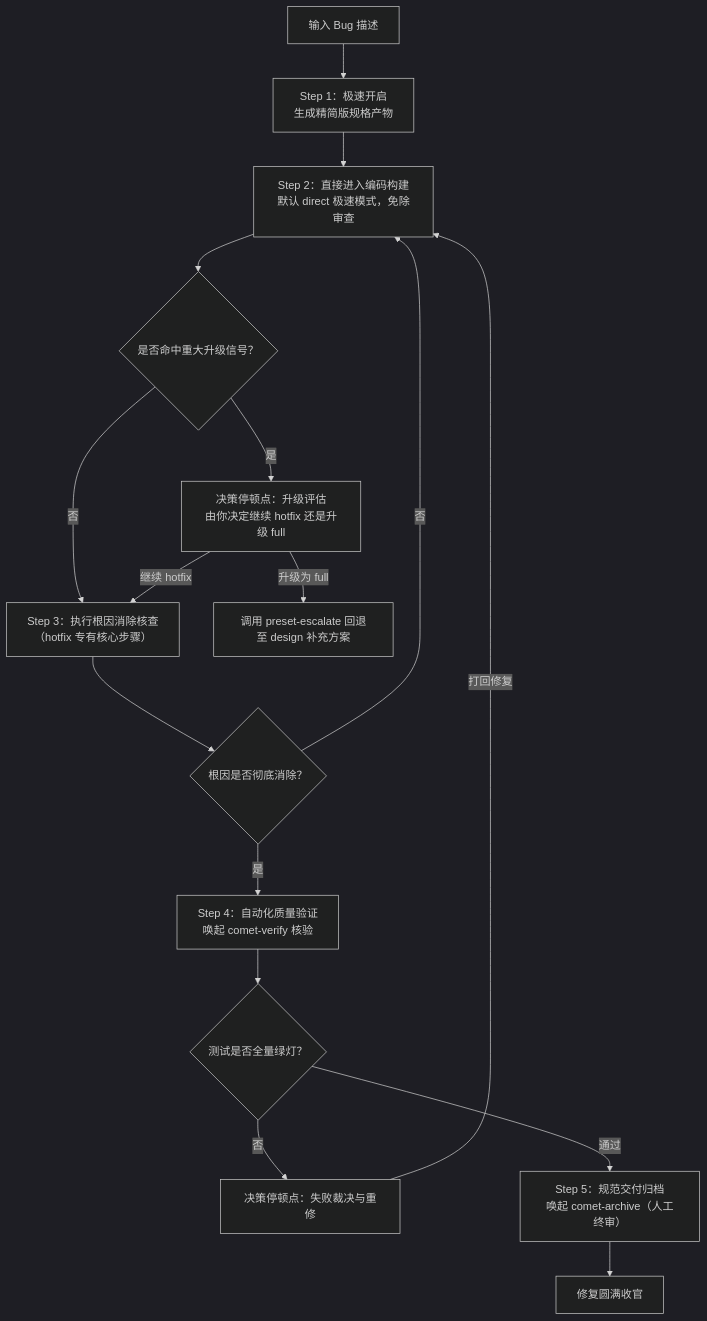
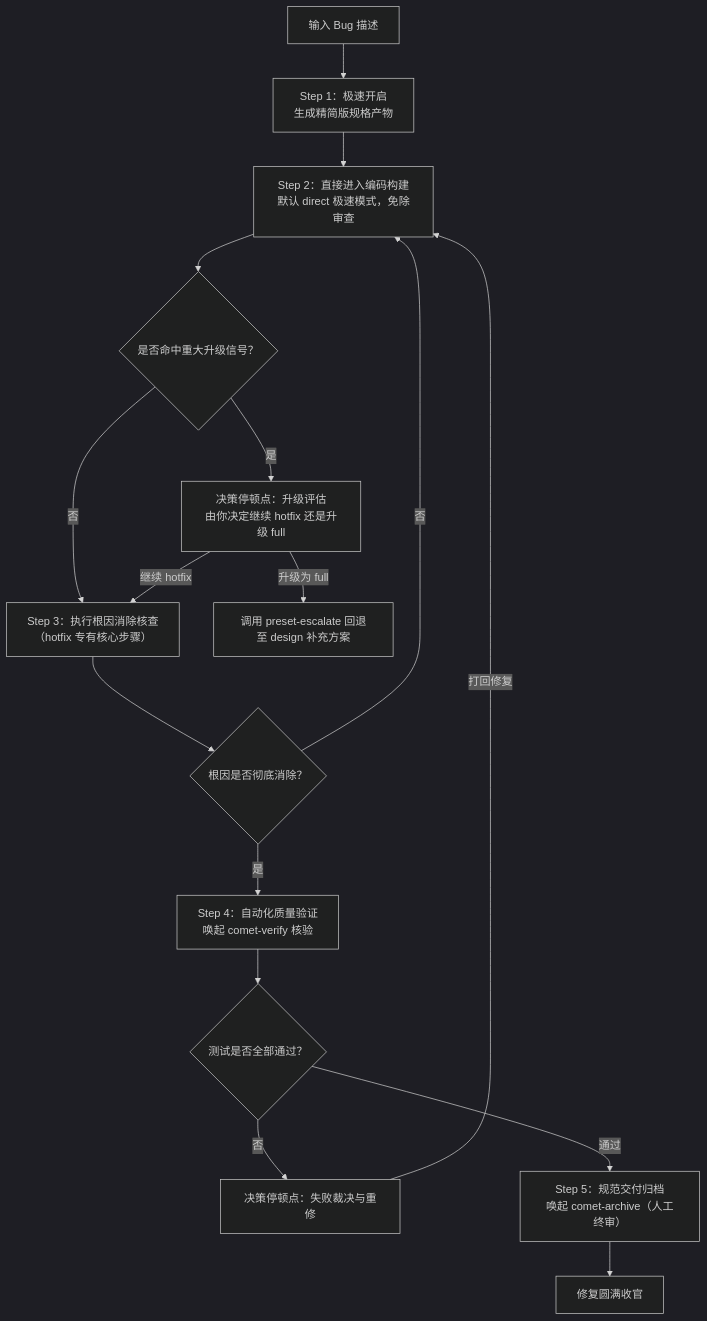
One commit to rpamis/comet-website-docs changed the diagram in zh/presets/hotfix.mdx. Above: the diagram before and after it, drawn with Mermaid (dark theme). The commit also changed other lines of this file and 79 other files, not shown here.

````diff
--- a/zh/presets/hotfix.mdx
+++ b/zh/presets/hotfix.mdx
@@ -65,18 +65,18 @@
 ```mermaid
 flowchart TD
     Start["输入 Bug 描述"] --> S1["Step 1：极速开启<br/>生成精简版规格产物"]
     S1 --> S2["Step 2：直接进入编码构建<br/>默认 direct 极速模式，免除审查"]
     S2 --> Esc{"是否命中重大升级信号？"}
     Esc -->|是| EscStop["决策停顿点：升级评估<br/>由你决定继续 hotfix 还是升级 full"]
     Esc -->|否| S3["Step 3：执行根因消除核查<br/>（hotfix 专有核心步骤）"]
     EscStop -->|继续 hotfix| S3
     EscStop -->|升级为 full| EscUp["调用 preset-escalate 回退至 design 补充方案"]
     S3 --> Root{"根因是否彻底消除？"}
     Root -->|否| S2
     Root -->|是| S4["Step 4：自动化质量验证<br/>唤起 comet-verify 核验"]
-    S4 --> Vf{"测试是否全量绿灯？"}
+    S4 --> Vf{"测试是否全部通过？"}
     Vf -->|否| VfStop["决策停顿点：失败裁决与重修"]
     VfStop -->|打回修复| S2
     Vf -->|通过| S5["Step 5：规范交付归档<br/>唤起 comet-archive（人工终审）"]
     S5 --> Done["修复圆满收官"]
 ```
````
